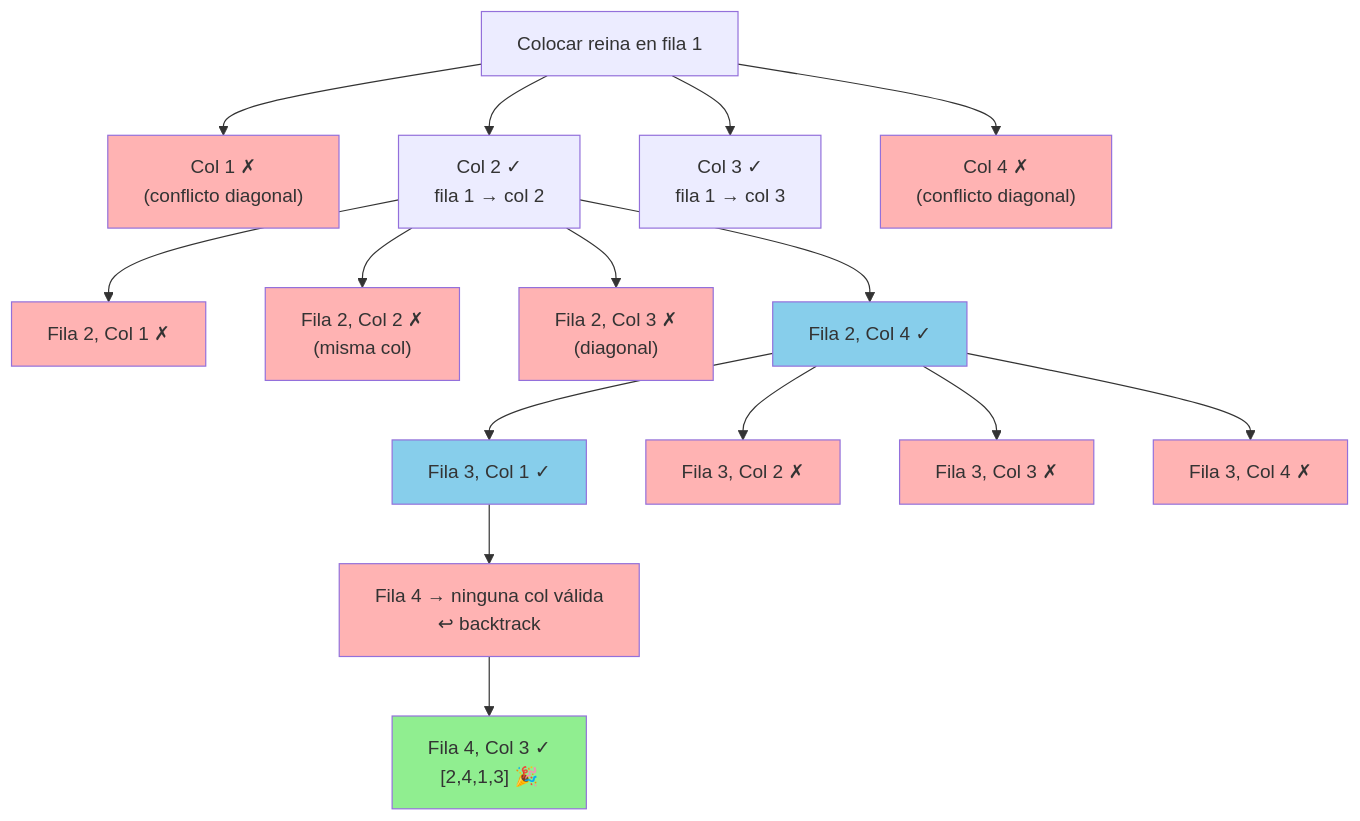
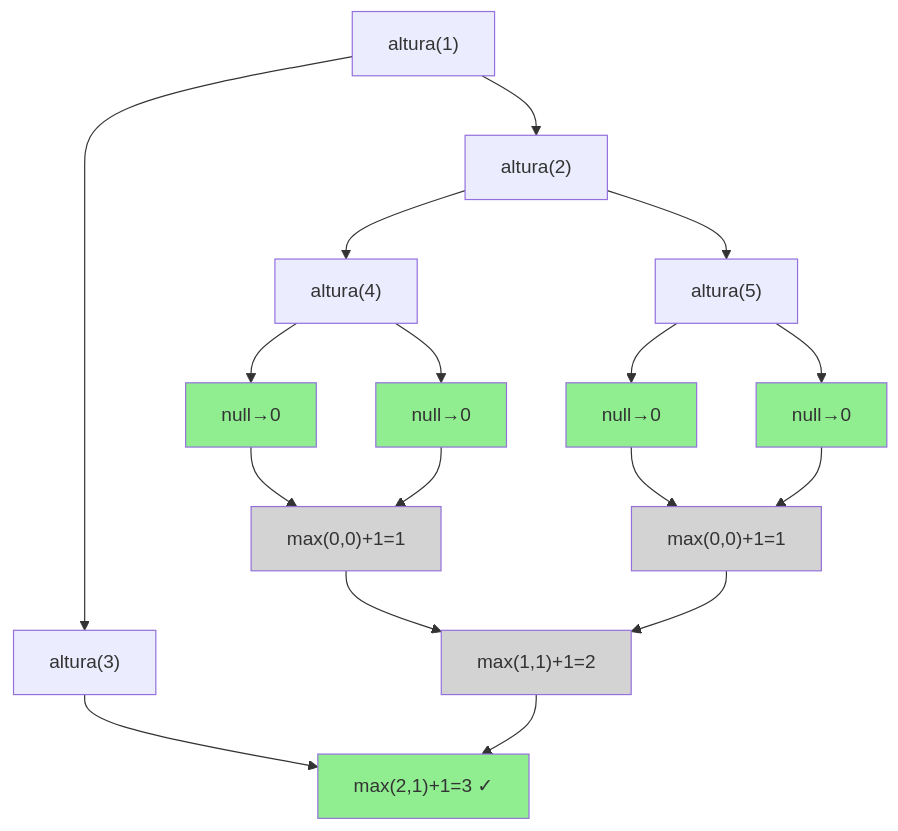
Before and after one commit to nehuenlabs/estudios-algoritmos-recursividad: diagram 16 of 58 in plantilla-soluciones.md, drawn with Mermaid. The commit also changed other lines of this file, not shown here.

````diff
--- a/plantilla-soluciones.md
+++ b/plantilla-soluciones.md
@@ -455,51 +523,42 @@
 ```mermaid
 flowchart TD
-    ROOT["Colocar reina en fila 1"]
+    N1["altura(1)"]
+    N2["altura(2)"]
+    N3["altura(3)"]
+    N4["altura(4)"]
+    N5["altura(5)"]
+    NULL1["null→0"]
+    NULL2["null→0"]
+    NULL3["null→0"]
+    NULL4["null→0"]
+    R1["max(0,0)+1=1"]
+    R2["max(0,0)+1=1"]
+    R3["max(1,1)+1=2"]
+    RESP["max(2,1)+1=3 ✓"]
 
-    C1["Col 1 ✗\n(conflicto diagonal)"]
-    C2["Col 2 ✓\nfila 1 → col 2"]
-    C3["Col 3 ✓\nfila 1 → col 3"]
-    C4["Col 4 ✗\n(conflicto diagonal)"]
+    N1 --> N2
+    N1 --> N3
+    N2 --> N4
+    N2 --> N5
+    N4 --> NULL1
+    N4 --> NULL2
+    N5 --> NULL3
+    N5 --> NULL4
+    NULL1 --> R1
+    NULL2 --> R1
+    NULL3 --> R2
+    NULL4 --> R2
+    R1 --> R3
+    R2 --> R3
+    N3 --> RESP
+    R3 --> RESP
 
-    C2F2A["Fila 2, Col 1 ✗"]
-    C2F2B["Fila 2, Col 2 ✗\n(misma col)"]
-    C2F2C["Fila 2, Col 3 ✗\n(diagonal)"]
-    C2F2D["Fila 2, Col 4 ✓"]
-
-    C2F3A["Fila 3, Col 1 ✓"]
-    C2F3B["Fila 3, Col 2 ✗"]
-    C2F3C["Fila 3, Col 3 ✗"]
-    C2F3D["Fila 3, Col 4 ✗"]
-
-    C2F4["Fila 4 → ninguna col válida\n↩ backtrack"]
-
-    SOL["Fila 4, Col 3 ✓\n[2,4,1,3] 🎉"]
-
-    ROOT --> C1
-    ROOT --> C2
-    ROOT --> C3
-    ROOT --> C4
-    C2 --> C2F2A
-    C2 --> C2F2B
-    C2 --> C2F2C
-    C2 --> C2F2D
-    C2F2D --> C2F3A
-    C2F2D --> C2F3B
-    C2F2D --> C2F3C
-    C2F2D --> C2F3D
-    C2F3A --> C2F4
-    C2F4 --> SOL
-
-    style C1 fill:#FFB3B3
-    style C4 fill:#FFB3B3
-    style C2F2A fill:#FFB3B3
-    style C2F2B fill:#FFB3B3
-    style C2F2C fill:#FFB3B3
-    style C2F3B fill:#FFB3B3
-    style C2F3C fill:#FFB3B3
-    style C2F3D fill:#FFB3B3
-    style C2F4 fill:#FFB3B3
-    style SOL fill:#90EE90
-    style C2F2D fill:#87CEEB
-    style C2F3A fill:#87CEEB
+    style NULL1 fill:#90EE90
+    style NULL2 fill:#90EE90
+    style NULL3 fill:#90EE90
+    style NULL4 fill:#90EE90
+    style RESP fill:#90EE90
+    style R1 fill:#D3D3D3
+    style R2 fill:#D3D3D3
+    style R3 fill:#D3D3D3
 ```
````
